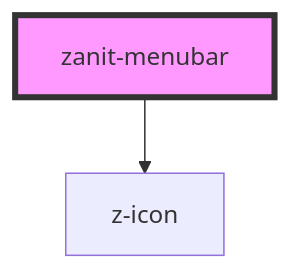
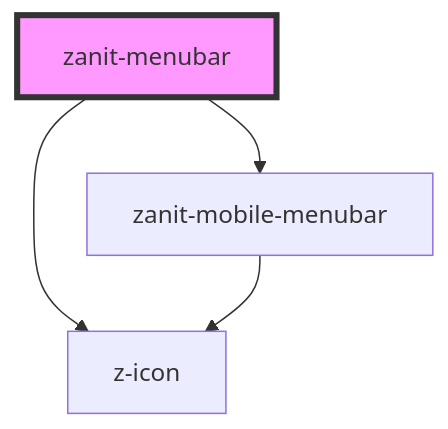
The diagram in src/components/menubar/readme.md (ZanichelliEditore/zanichelli-it-frontend-kit), drawn with Mermaid before and after one commit. The commit also changed other lines of this file and 10 other files, not shown here.

Commit message:
refactor adding a mobile menubar component

````diff
--- a/src/components/menubar/readme.md
+++ b/src/components/menubar/readme.md
@@ -27,5 +35,7 @@
 ```mermaid
 graph TD;
+  zanit-menubar --> zanit-mobile-menubar
   zanit-menubar --> z-icon
+  zanit-mobile-menubar --> z-icon
   style zanit-menubar fill:#f9f,stroke:#333,stroke-width:4px
 ```
````
